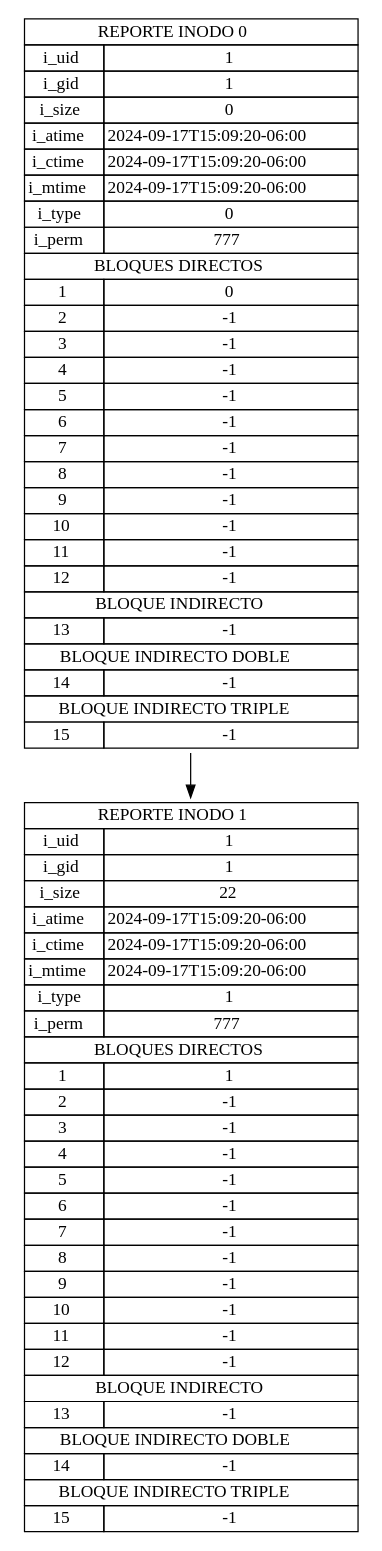
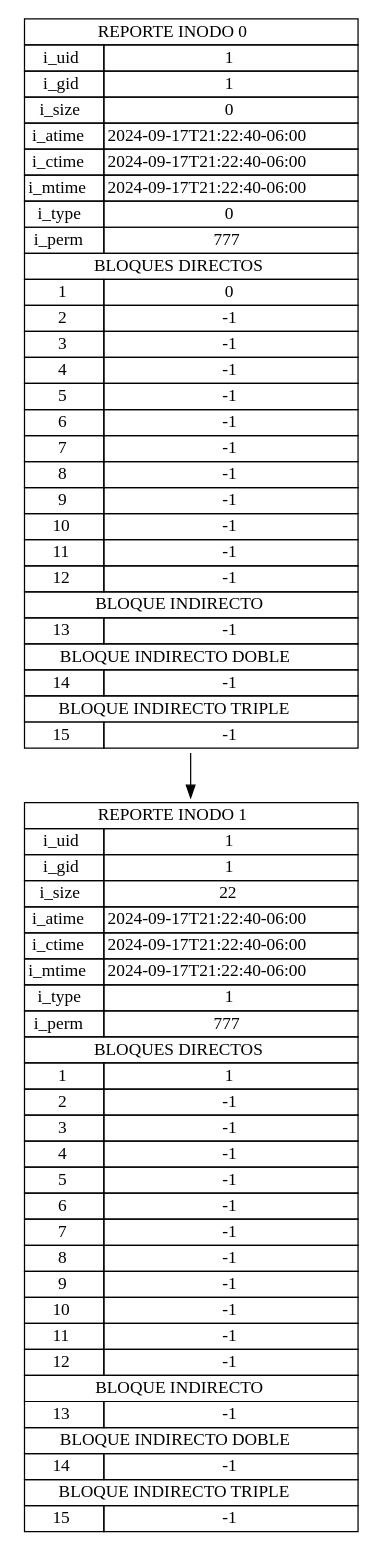
Before and after one commit to FJVicVel03/MIA_2S_P1_202111576: the diagram in PROYECTO/salidas/report_inode.dot, drawn with Graphviz. The commit also changed 18 other files, not shown here.

```diff
--- a/PROYECTO/salidas/report_inode.dot
+++ b/PROYECTO/salidas/report_inode.dot
@@ -1,44 +1,44 @@
 digraph G {
         node [shape=plaintext]
     inode0 [label=<
             <table border="0" cellborder="1" cellspacing="0">
                 <tr><td colspan="2"> REPORTE INODO 0 </td></tr>
                 <tr><td>i_uid</td><td>1</td></tr>
                 <tr><td>i_gid</td><td>1</td></tr>
                 <tr><td>i_size</td><td>0</td></tr>
-                <tr><td>i_atime</td><td>2024-09-17T15:09:20-06:00</td></tr>
-                <tr><td>i_ctime</td><td>2024-09-17T15:09:20-06:00</td></tr>
-                <tr><td>i_mtime</td><td>2024-09-17T15:09:20-06:00</td></tr>
+                <tr><td>i_atime</td><td>2024-09-17T21:22:40-06:00</td></tr>
+                <tr><td>i_ctime</td><td>2024-09-17T21:22:40-06:00</td></tr>
+                <tr><td>i_mtime</td><td>2024-09-17T21:22:40-06:00</td></tr>
                 <tr><td>i_type</td><td>0</td></tr>
                 <tr><td>i_perm</td><td>777</td></tr>
                 <tr><td colspan="2">BLOQUES DIRECTOS</td></tr>
             <tr><td>1</td><td>0</td></tr><tr><td>2</td><td>-1</td></tr><tr><td>3</td><td>-1</td></tr><tr><td>4</td><td>-1</td></tr><tr><td>5</td><td>-1</td></tr><tr><td>6</td><td>-1</td></tr><tr><td>7</td><td>-1</td></tr><tr><td>8</td><td>-1</td></tr><tr><td>9</td><td>-1</td></tr><tr><td>10</td><td>-1</td></tr><tr><td>11</td><td>-1</td></tr><tr><td>12</td><td>-1</td></tr>
                 <tr><td colspan="2">BLOQUE INDIRECTO</td></tr>
                 <tr><td>13</td><td>-1</td></tr>
                 <tr><td colspan="2">BLOQUE INDIRECTO DOBLE</td></tr>
                 <tr><td>14</td><td>-1</td></tr>
                 <tr><td colspan="2">BLOQUE INDIRECTO TRIPLE</td></tr>
                 <tr><td>15</td><td>-1</td></tr>
             </table>>];
         inode0 -> inode1;
 inode1 [label=<
             <table border="0" cellborder="1" cellspacing="0">
                 <tr><td colspan="2"> REPORTE INODO 1 </td></tr>
                 <tr><td>i_uid</td><td>1</td></tr>
                 <tr><td>i_gid</td><td>1</td></tr>
                 <tr><td>i_size</td><td>22</td></tr>
-                <tr><td>i_atime</td><td>2024-09-17T15:09:20-06:00</td></tr>
-                <tr><td>i_ctime</td><td>2024-09-17T15:09:20-06:00</td></tr>
-                <tr><td>i_mtime</td><td>2024-09-17T15:09:20-06:00</td></tr>
+                <tr><td>i_atime</td><td>2024-09-17T21:22:40-06:00</td></tr>
+                <tr><td>i_ctime</td><td>2024-09-17T21:22:40-06:00</td></tr>
+                <tr><td>i_mtime</td><td>2024-09-17T21:22:40-06:00</td></tr>
                 <tr><td>i_type</td><td>1</td></tr>
                 <tr><td>i_perm</td><td>777</td></tr>
                 <tr><td colspan="2">BLOQUES DIRECTOS</td></tr>
             <tr><td>1</td><td>1</td></tr><tr><td>2</td><td>-1</td></tr><tr><td>3</td><td>-1</td></tr><tr><td>4</td><td>-1</td></tr><tr><td>5</td><td>-1</td></tr><tr><td>6</td><td>-1</td></tr><tr><td>7</td><td>-1</td></tr><tr><td>8</td><td>-1</td></tr><tr><td>9</td><td>-1</td></tr><tr><td>10</td><td>-1</td></tr><tr><td>11</td><td>-1</td></tr><tr><td>12</td><td>-1</td></tr>
                 <tr><td colspan="2">BLOQUE INDIRECTO</td></tr>
                 <tr><td>13</td><td>-1</td></tr>
                 <tr><td colspan="2">BLOQUE INDIRECTO DOBLE</td></tr>
                 <tr><td>14</td><td>-1</td></tr>
                 <tr><td colspan="2">BLOQUE INDIRECTO TRIPLE</td></tr>
                 <tr><td>15</td><td>-1</td></tr>
             </table>>];
         }
```
